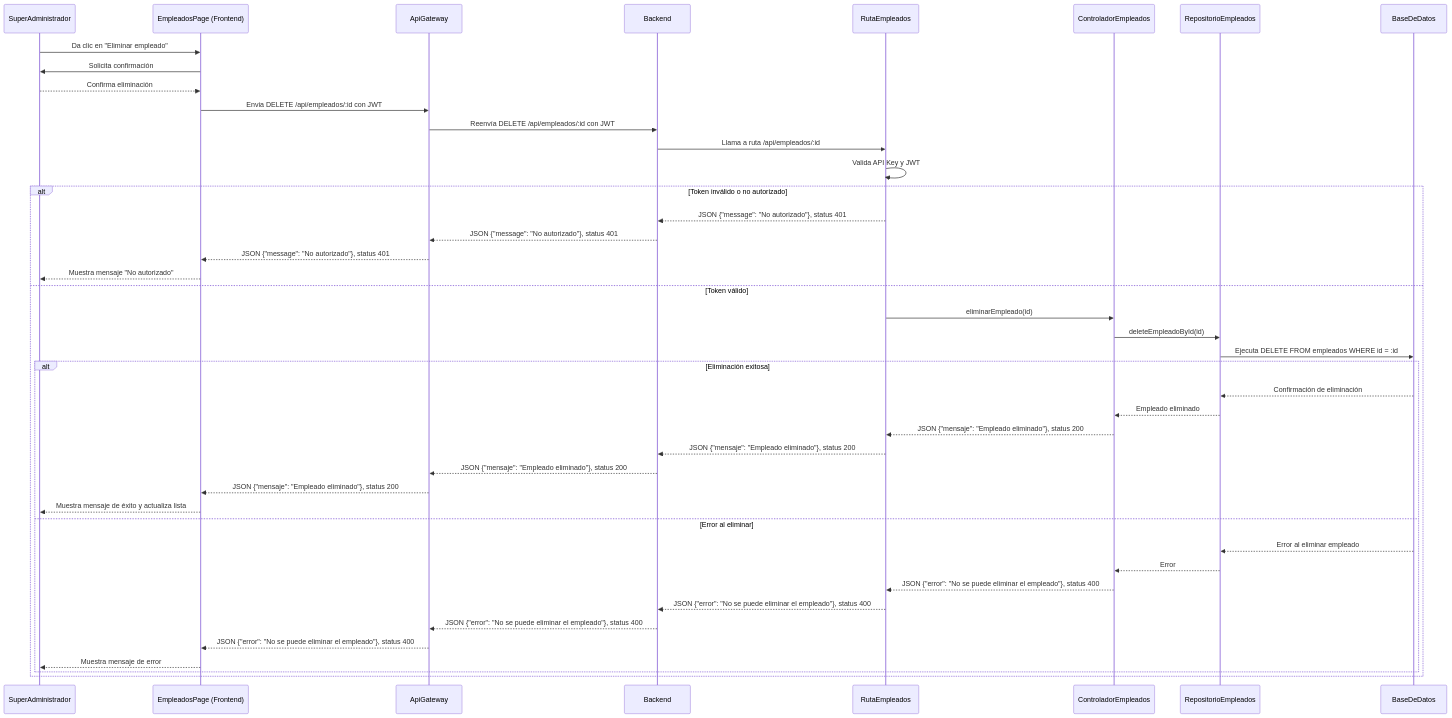
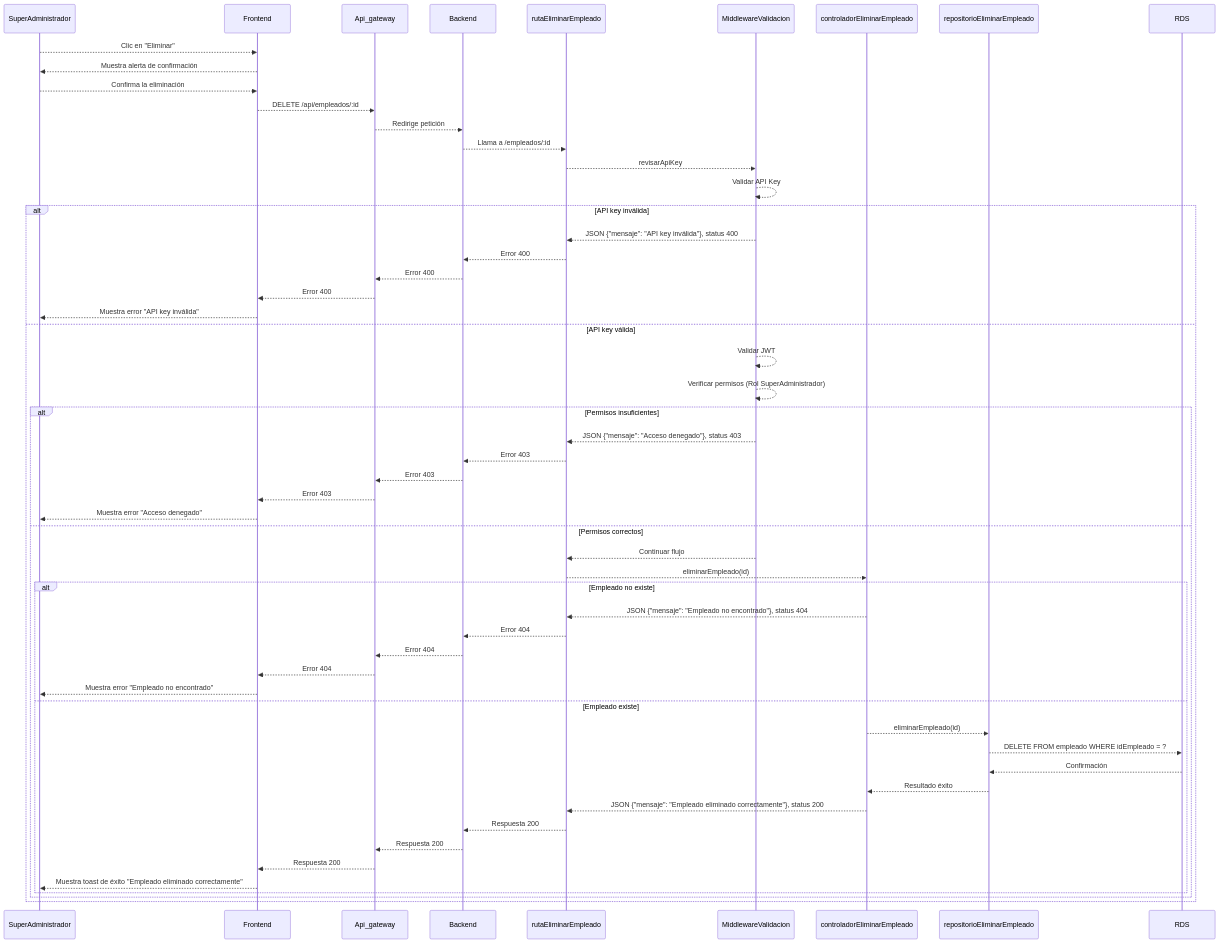
One commit to CodeAnd-Co/Documentacion changed the diagram in documentation/docs/proyectos/textiles/documentacion/requisitos/RF20.md. Above: the diagram before and after it, drawn with Mermaid. The commit also changed 5 other files, not shown here.

````diff
--- a/documentation/docs/proyectos/textiles/documentacion/requisitos/RF20.md
+++ b/documentation/docs/proyectos/textiles/documentacion/requisitos/RF20.md
@@ -26,47 +26,62 @@
 ```mermaid
 sequenceDiagram
-    participant SuperAdministrador
-    participant Frontend as EmpleadosPage (Frontend)
-    participant ApiGateway
-    participant Backend
-    participant RutaEmpleados
-    participant ControladorEmpleados
-    participant RepositorioEmpleados
-    participant BD as BaseDeDatos
+participant SuperAdministrador
+participant Frontend
+participant Api_gateway
+participant Backend
+participant rutaEliminarEmpleado
+participant MiddlewareValidacion
+participant controladorEliminarEmpleado
+participant repositorioEliminarEmpleado
+participant RDS
 
-    SuperAdministrador->>Frontend: Da clic en "Eliminar empleado"
-    Frontend->>SuperAdministrador: Solicita confirmación
-    SuperAdministrador-->>Frontend: Confirma eliminación
-    Frontend->>ApiGateway: Envia DELETE /api/empleados/:id con JWT
-    ApiGateway->>Backend: Reenvía DELETE /api/empleados/:id con JWT
-    Backend->>RutaEmpleados: Llama a ruta /api/empleados/:id
-    RutaEmpleados->>RutaEmpleados: Valida API Key y JWT
+SuperAdministrador -->> Frontend: Clic en "Eliminar"
+Frontend -->> SuperAdministrador: Muestra alerta de confirmación
+SuperAdministrador -->> Frontend: Confirma la eliminación
+Frontend -->> Api_gateway: DELETE /api/empleados/:id
+Api_gateway -->> Backend: Redirige petición
+Backend -->> rutaEliminarEmpleado: Llama a /empleados/:id
 
-    alt Token inválido o no autorizado
-        RutaEmpleados-->>Backend: JSON {"message": "No autorizado"}, status 401
-        Backend-->>ApiGateway: JSON {"message": "No autorizado"}, status 401
-        ApiGateway-->>Frontend: JSON {"message": "No autorizado"}, status 401
-        Frontend-->>SuperAdministrador: Muestra mensaje "No autorizado"
-    else Token válido
-        RutaEmpleados->>ControladorEmpleados: eliminarEmpleado(id)
-        ControladorEmpleados->>RepositorioEmpleados: deleteEmpleadoById(id)
-        RepositorioEmpleados->>BD: Ejecuta DELETE FROM empleados WHERE id = :id
-        alt Eliminación exitosa
-            BD-->>RepositorioEmpleados: Confirmación de eliminación
-            RepositorioEmpleados-->>ControladorEmpleados: Empleado eliminado
-            ControladorEmpleados-->>RutaEmpleados: JSON {"mensaje": "Empleado eliminado"}, status 200
-            RutaEmpleados-->>Backend: JSON {"mensaje": "Empleado eliminado"}, status 200
-            Backend-->>ApiGateway: JSON {"mensaje": "Empleado eliminado"}, status 200
-            ApiGateway-->>Frontend: JSON {"mensaje": "Empleado eliminado"}, status 200
-            Frontend-->>SuperAdministrador: Muestra mensaje de éxito y actualiza lista
-        else Error al eliminar
-            BD-->>RepositorioEmpleados: Error al eliminar empleado
-            RepositorioEmpleados-->>ControladorEmpleados: Error
-            ControladorEmpleados-->>RutaEmpleados: JSON {"error": "No se puede eliminar el empleado"}, status 400
-            RutaEmpleados-->>Backend: JSON {"error": "No se puede eliminar el empleado"}, status 400
-            Backend-->>ApiGateway: JSON {"error": "No se puede eliminar el empleado"}, status 400
-            ApiGateway-->>Frontend: JSON {"error": "No se puede eliminar el empleado"}, status 400
-            Frontend-->>SuperAdministrador: Muestra mensaje de error
+rutaEliminarEmpleado -->> MiddlewareValidacion: revisarApiKey
+MiddlewareValidacion -->> MiddlewareValidacion: Validar API Key
+
+alt API key inválida
+    MiddlewareValidacion -->> rutaEliminarEmpleado: JSON {"mensaje": "API key inválida"}, status 400
+    rutaEliminarEmpleado -->> Backend: Error 400
+    Backend -->> Api_gateway: Error 400
+    Api_gateway -->> Frontend: Error 400
+    Frontend -->> SuperAdministrador: Muestra error "API key inválida"
+else API key válida
+    MiddlewareValidacion -->> MiddlewareValidacion: Validar JWT
+    MiddlewareValidacion -->> MiddlewareValidacion: Verificar permisos (Rol SuperAdministrador)
+
+    alt Permisos insuficientes
+        MiddlewareValidacion -->> rutaEliminarEmpleado: JSON {"mensaje": "Acceso denegado"}, status 403
+        rutaEliminarEmpleado -->> Backend: Error 403
+        Backend -->> Api_gateway: Error 403
+        Api_gateway -->> Frontend: Error 403
+        Frontend -->> SuperAdministrador: Muestra error "Acceso denegado"
+    else Permisos correctos
+        MiddlewareValidacion -->> rutaEliminarEmpleado: Continuar flujo
+        rutaEliminarEmpleado -->> controladorEliminarEmpleado: eliminarEmpleado(id)
+
+        alt Empleado no existe
+            controladorEliminarEmpleado -->> rutaEliminarEmpleado: JSON {"mensaje": "Empleado no encontrado"}, status 404
+            rutaEliminarEmpleado -->> Backend: Error 404
+            Backend -->> Api_gateway: Error 404
+            Api_gateway -->> Frontend: Error 404
+            Frontend -->> SuperAdministrador: Muestra error "Empleado no encontrado"
+        else Empleado existe
+            controladorEliminarEmpleado -->> repositorioEliminarEmpleado: eliminarEmpleado(id)
+            repositorioEliminarEmpleado -->> RDS: DELETE FROM empleado WHERE idEmpleado = ?
+            RDS -->> repositorioEliminarEmpleado: Confirmación
+            repositorioEliminarEmpleado -->> controladorEliminarEmpleado: Resultado éxito
+            controladorEliminarEmpleado -->> rutaEliminarEmpleado: JSON {"mensaje": "Empleado eliminado correctamente"}, status 200
+            rutaEliminarEmpleado -->> Backend: Respuesta 200
+            Backend -->> Api_gateway: Respuesta 200
+            Api_gateway -->> Frontend: Respuesta 200
+            Frontend -->> SuperAdministrador: Muestra toast de éxito "Empleado eliminado correctamente"
         end
     end
+end
 ```
````
